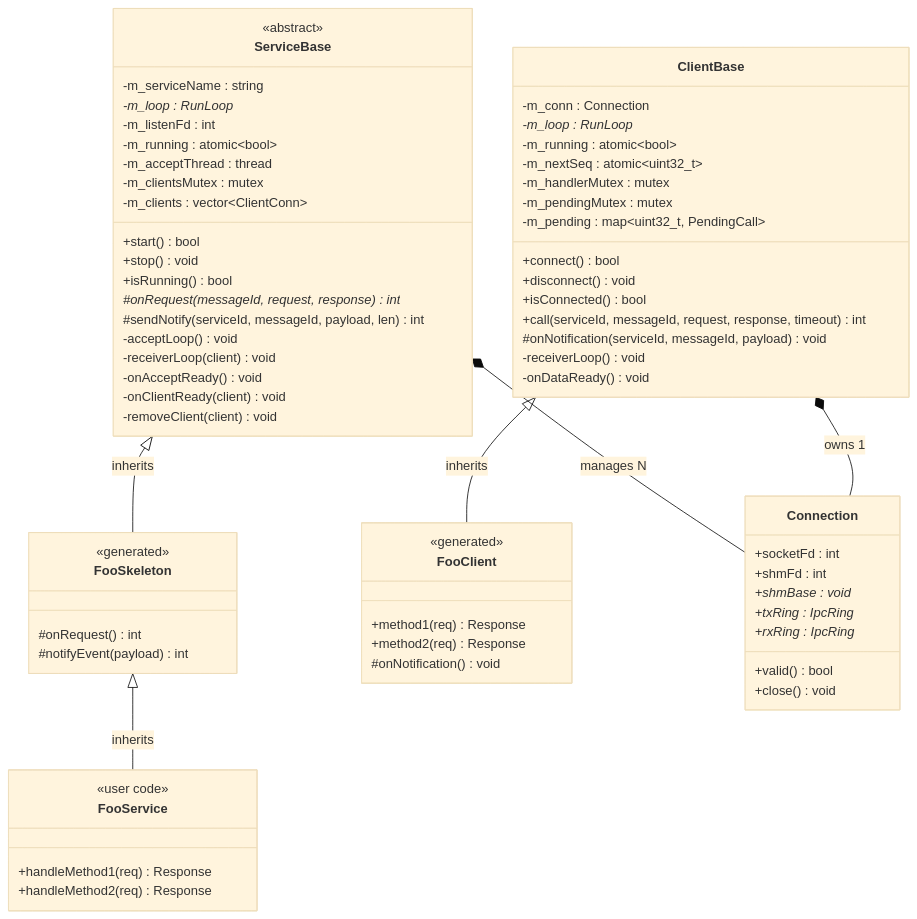
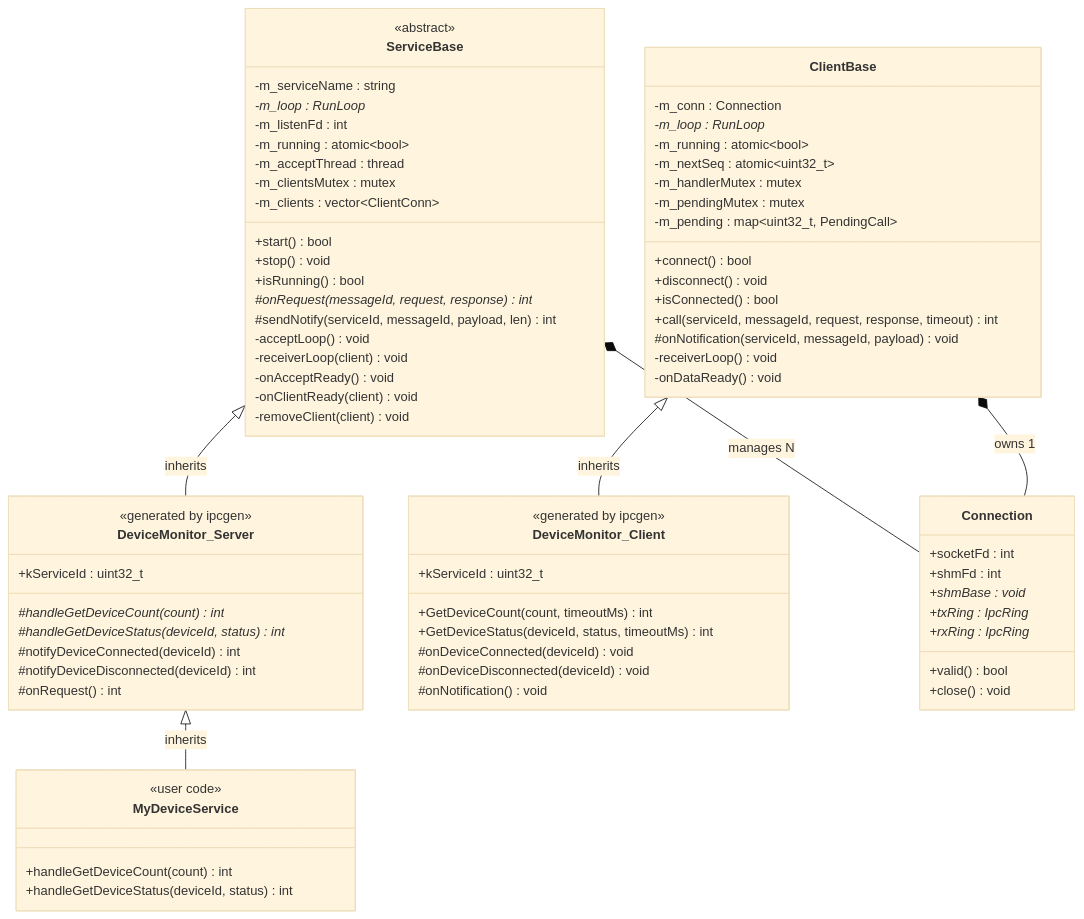
Diagram 11 of 17 in doc/architecture.md (Mrunmoy/aether), drawn with Mermaid (base theme) before and after one commit. The commit also changed other lines of this file and 29 other files, not shown here.

```diff
--- a/doc/architecture.md
+++ b/doc/architecture.md
@@ -279,20 +279,24 @@
         -m_clients : vector~ClientConn~
     }
 
-    class FooSkeleton {
-        <<generated>>
+    class DeviceMonitor_Server {
+        <<generated by ipcgen>>
+        +kServiceId : uint32_t
+        #handleGetDeviceCount(count)* int
+        #handleGetDeviceStatus(deviceId, status)* int
+        #notifyDeviceConnected(deviceId) int
+        #notifyDeviceDisconnected(deviceId) int
         #onRequest() int
-        #notifyEvent(payload) int
     }
 
-    class FooService {
+    class MyDeviceService {
         <<user code>>
-        +handleMethod1(req) Response
-        +handleMethod2(req) Response
+        +handleGetDeviceCount(count) int
+        +handleGetDeviceStatus(deviceId, status) int
     }
 
-    ServiceBase <|-- FooSkeleton : inherits
-    FooSkeleton <|-- FooService : inherits
+    ServiceBase <|-- DeviceMonitor_Server : inherits
+    DeviceMonitor_Server <|-- MyDeviceService : inherits
 
     class ClientBase {
         +connect() bool
@@ -311,14 +315,17 @@
         -m_pending : map~uint32_t, PendingCall~
     }
 
-    class FooClient {
-        <<generated>>
-        +method1(req) Response
-        +method2(req) Response
+    class DeviceMonitor_Client {
+        <<generated by ipcgen>>
+        +kServiceId : uint32_t
+        +GetDeviceCount(count, timeoutMs) int
+        +GetDeviceStatus(deviceId, status, timeoutMs) int
+        #onDeviceConnected(deviceId) void
+        #onDeviceDisconnected(deviceId) void
         #onNotification() void
     }
 
-    ClientBase <|-- FooClient : inherits
+    ClientBase <|-- DeviceMonitor_Client : inherits
 
     class Connection {
         +socketFd : int
```
